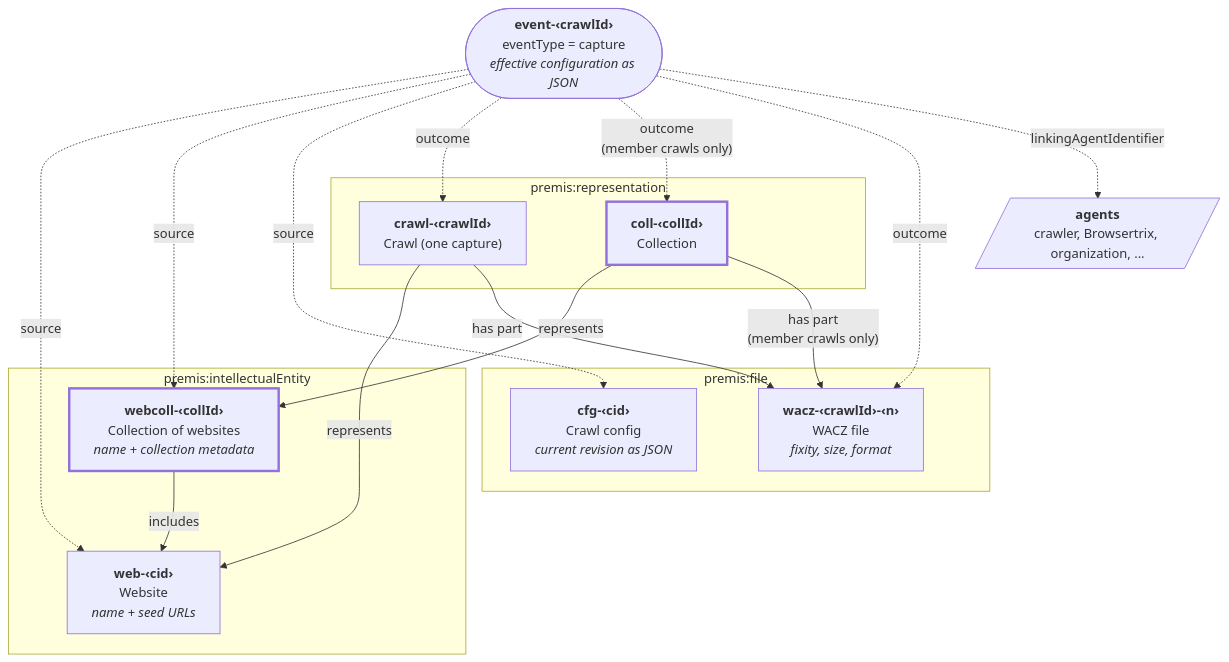
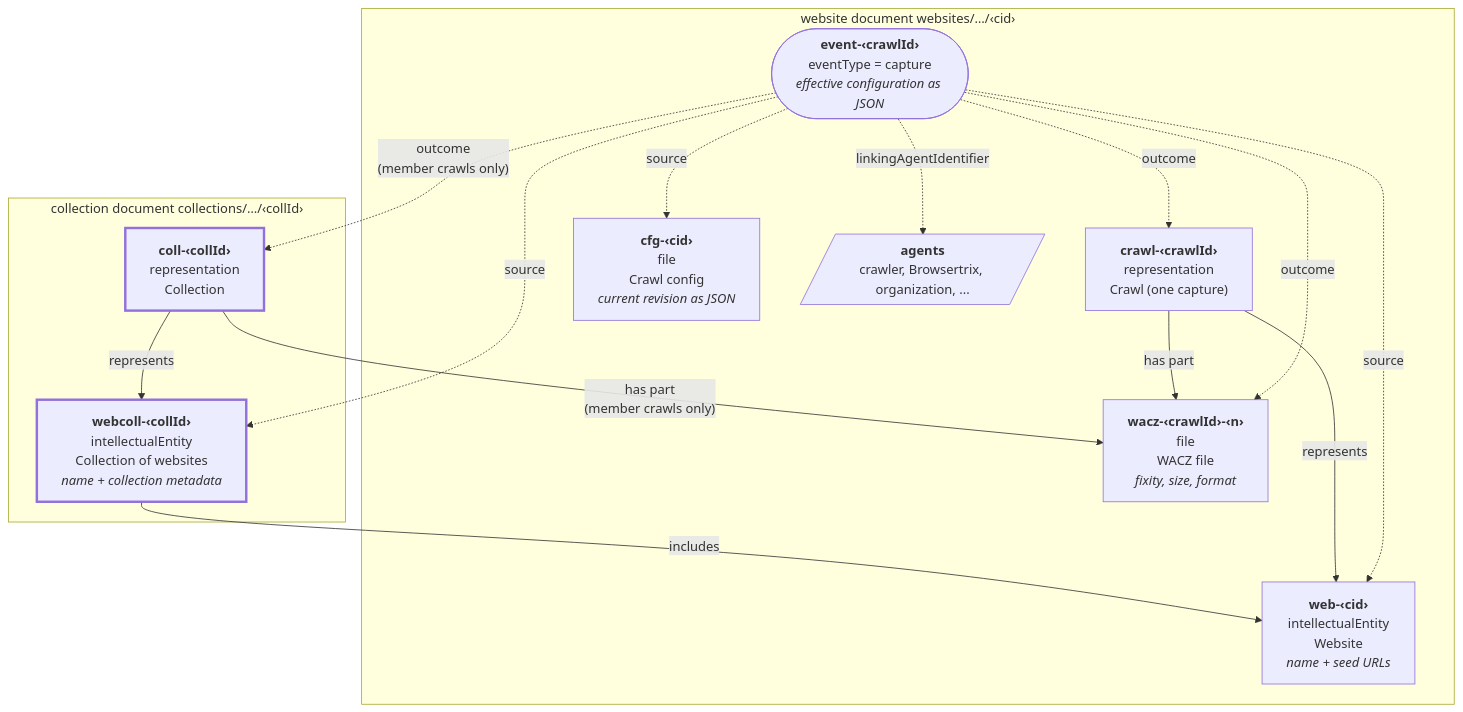
The second of 5 diagrams in docs/README.md (dla-marbach/btc2premis), drawn with Mermaid before and after one commit. The commit also changed other lines of this file and 13 other files, not shown here.

First line of the commit message:
Split output into websites/ and collections/ folders

````diff
--- a/docs/README.md
+++ b/docs/README.md
@@ -72,34 +87,32 @@
 ```mermaid
 flowchart TB
-  subgraph IE["premis:intellectualEntity"]
-    WEBCOLL["<b>webcoll-‹collId›</b><br/>Collection of websites<br/><i>name + collection metadata</i>"]
-    WEB["<b>web-‹cid›</b><br/>Website<br/><i>name + seed URLs</i>"]
+  subgraph COLLDOC["collection document collections/…/‹collId›"]
+    WEBCOLL["<b>webcoll-‹collId›</b><br/>intellectualEntity<br/>Collection of websites<br/><i>name + collection metadata</i>"]
+    COLL["<b>coll-‹collId›</b><br/>representation<br/>Collection"]
   end
-  subgraph REP["premis:representation"]
-    COLL["<b>coll-‹collId›</b><br/>Collection"]
-    CRAWL["<b>crawl-‹crawlId›</b><br/>Crawl (one capture)"]
+  subgraph WEBDOC["website document websites/…/‹cid›"]
+    WEB["<b>web-‹cid›</b><br/>intellectualEntity<br/>Website<br/><i>name + seed URLs</i>"]
+    CRAWL["<b>crawl-‹crawlId›</b><br/>representation<br/>Crawl (one capture)"]
+    WACZ["<b>wacz-‹crawlId›-‹n›</b><br/>file<br/>WACZ file<br/><i>fixity, size, format</i>"]
+    CFG["<b>cfg-‹cid›</b><br/>file<br/>Crawl config<br/><i>current revision as JSON</i>"]
+    EV(["<b>event-‹crawlId›</b><br/>eventType = capture<br/><i>effective configuration as JSON</i>"])
+    AG[/"<b>agents</b><br/>crawler, Browsertrix, organization, ..."/]
   end
-  subgraph FILE["premis:file"]
-    WACZ["<b>wacz-‹crawlId›-‹n›</b><br/>WACZ file<br/><i>fixity, size, format</i>"]
-    CFG["<b>cfg-‹cid›</b><br/>Crawl config<br/><i>current revision as JSON</i>"]
-  end
-  EV(["<b>event-‹crawlId›</b><br/>eventType = capture<br/><i>effective configuration as JSON</i>"])
-  AG[/"<b>agents</b><br/>crawler, Browsertrix, organization, ..."/]
 
   WEBCOLL -- includes --> WEB
   CRAWL -- represents --> WEB
   COLL -- represents --> WEBCOLL
   CRAWL -- has part --> WACZ
   COLL -- "has part<br/>(member crawls only)" --> WACZ
 
   EV -. source .-> WEB
   EV -. source .-> WEBCOLL
   EV -. source .-> CFG
   EV -. outcome .-> CRAWL
   EV -. "outcome<br/>(member crawls only)" .-> COLL
   EV -. outcome .-> WACZ
   EV -. linkingAgentIdentifier .-> AG
 
   classDef coll stroke-width:3px
   class WEBCOLL,COLL coll
 ```
````
